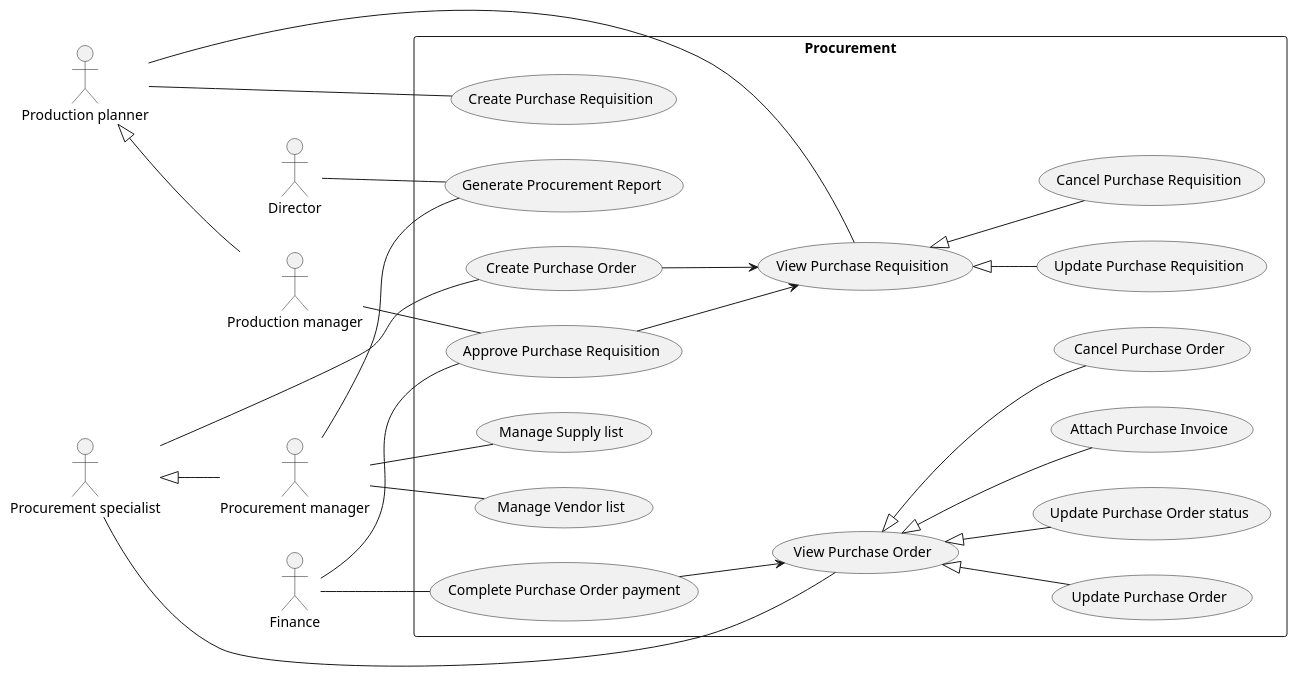
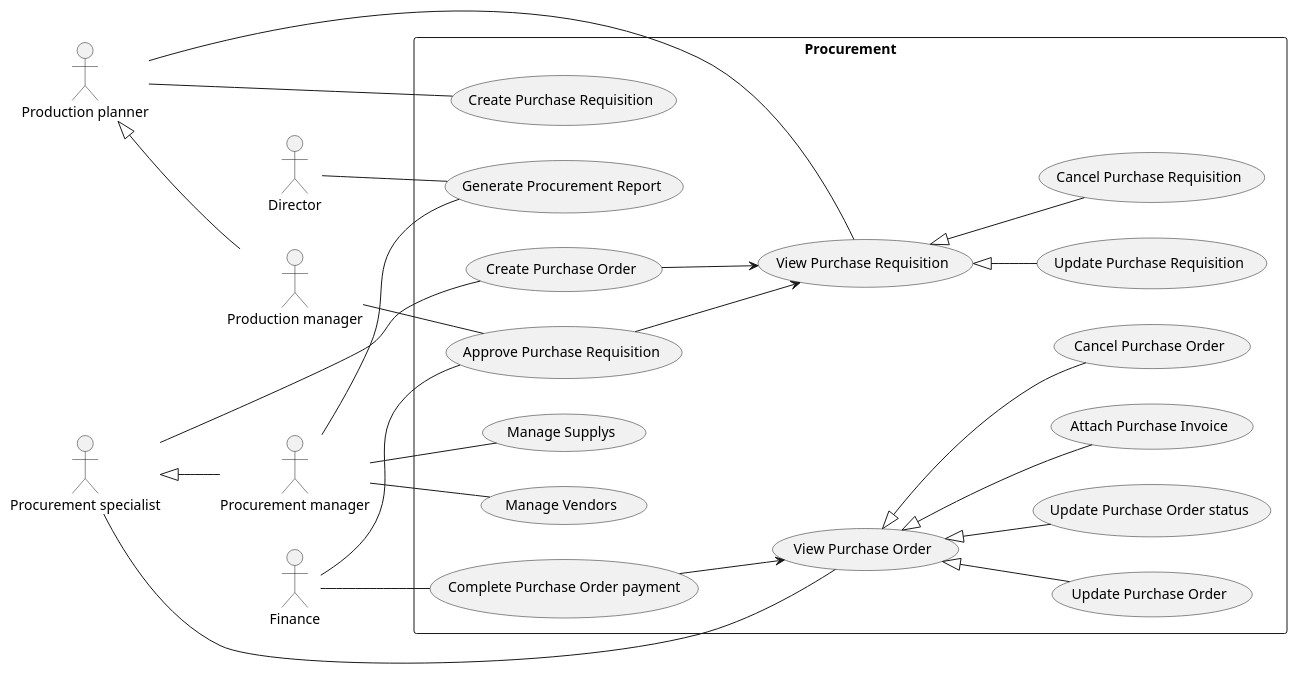
The diagram in use-cases/procurement.plantuml (phihungha/scmss-reqs), drawn with PlantUML before and after one commit. The commit also changed 11 other files, not shown here.

```diff
--- a/use-cases/procurement.plantuml
+++ b/use-cases/procurement.plantuml
@@ -1,40 +1,40 @@
 @startuml Procurement
 left to right direction
 
 :Director: as d
 :Finance: as f
 
 :Production planner: as pp
 :Production manager: as prm
 pp <|-- prm
 
 :Procurement manager: as pm
 :Procurement specialist: as ps
 ps <|-- pm
 
 rectangle Procurement {
     pp -- (Create Purchase Requisition)
     pp -- (View Purchase Requisition)
     (View Purchase Requisition) <|-- (Update Purchase Requisition)
     (View Purchase Requisition) <|-- (Cancel Purchase Requisition)
     f -- (Approve Purchase Requisition)
     prm -- (Approve Purchase Requisition)
     (Approve Purchase Requisition) --> (View Purchase Requisition)
 
     ps -- (Create Purchase Order)
     (Create Purchase Order) --> (View Purchase Requisition)
     ps -- (View Purchase Order)
     (View Purchase Order) <|-- (Update Purchase Order)
     (View Purchase Order) <|-- (Update Purchase Order status)
     (View Purchase Order) <|-- (Attach Purchase Invoice)
     (View Purchase Order) <|-- (Cancel Purchase Order)
     f -- (Complete Purchase Order payment)
     (Complete Purchase Order payment) --> (View Purchase Order)
 
-    pm -- (Manage Vendor list)
-    pm -- (Manage Supply list)
+    pm -- (Manage Vendors)
+    pm -- (Manage Supplys)
 
     pm -- (Generate Procurement Report)
     d -- (Generate Procurement Report)
 }
 @enduml
```
